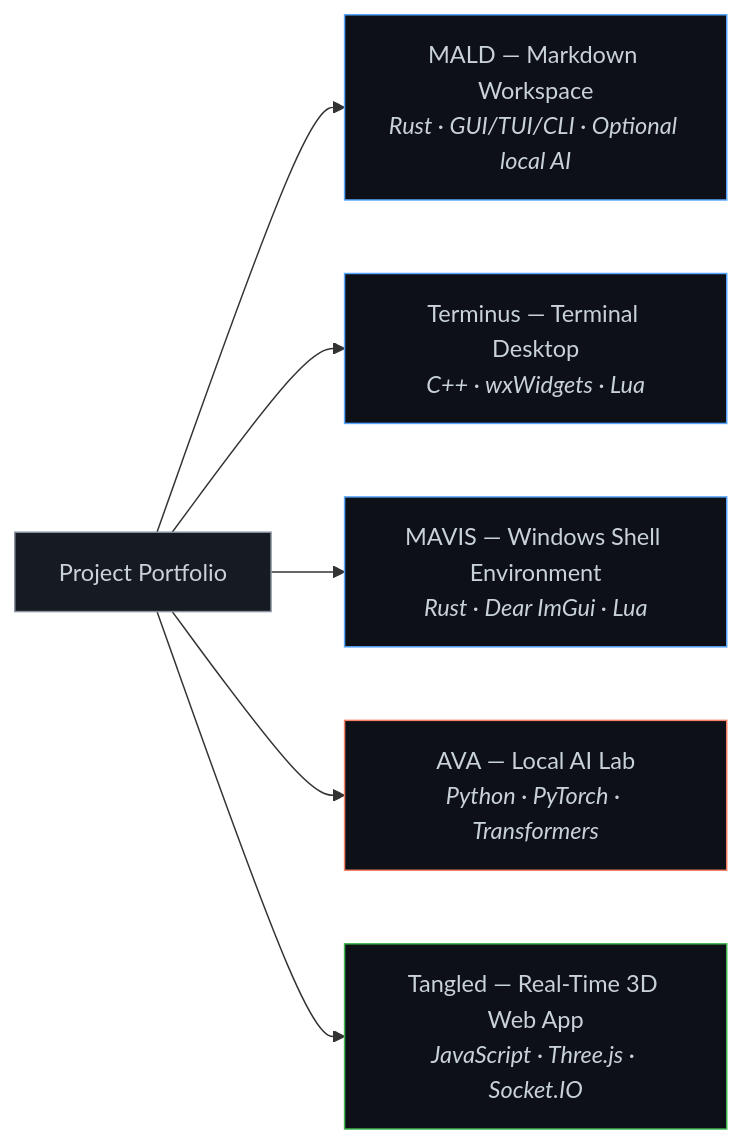
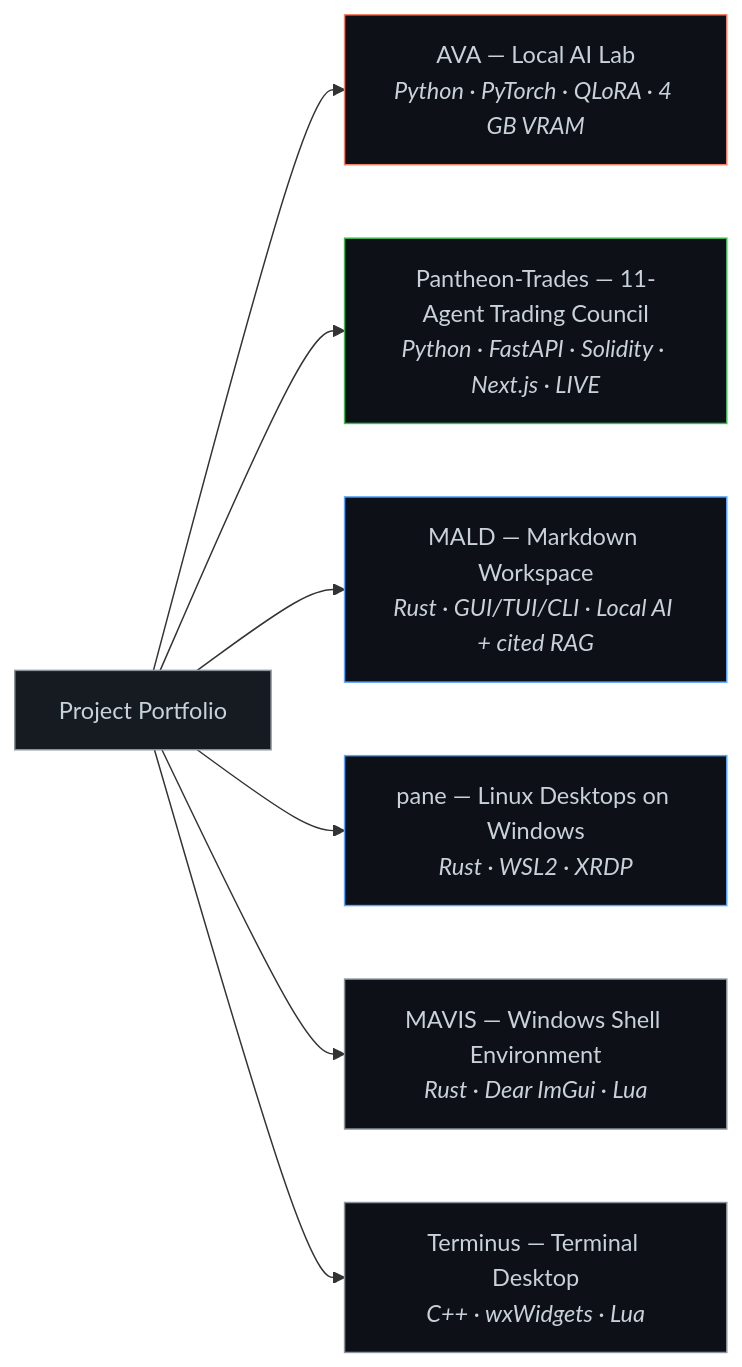
The diagram in README.md (NAME0x0/NAME0x0), drawn with Mermaid before and after one commit. The commit also changed other lines of this file and 2 other files, not shown here.

````diff
--- a/README.md
+++ b/README.md
@@ -29,15 +31,17 @@
 ```mermaid
 flowchart LR
-    A["Project Portfolio"] --> B["MALD — Markdown Workspace<br/><i>Rust · GUI/TUI/CLI · Optional local AI</i>"]
+    A["Project Portfolio"] --> E["AVA — Local AI Lab<br/><i>Python · PyTorch · QLoRA · 4 GB VRAM</i>"]
+    A --> P["Pantheon-Trades — 11-Agent Trading Council<br/><i>Python · FastAPI · Solidity · Next.js · LIVE</i>"]
+    A --> B["MALD — Markdown Workspace<br/><i>Rust · GUI/TUI/CLI · Local AI + cited RAG</i>"]
+    A --> N["pane — Linux Desktops on Windows<br/><i>Rust · WSL2 · XRDP</i>"]
+    A --> D["MAVIS — Windows Shell Environment<br/><i>Rust · Dear ImGui · Lua</i>"]
     A --> C["Terminus — Terminal Desktop<br/><i>C++ · wxWidgets · Lua</i>"]
-    A --> D["MAVIS — Windows Shell Environment<br/><i>Rust · Dear ImGui · Lua</i>"]
-    A --> E["AVA — Local AI Lab<br/><i>Python · PyTorch · Transformers</i>"]
-    A --> F["Tangled — Real-Time 3D Web App<br/><i>JavaScript · Three.js · Socket.IO</i>"]
 
     style A fill:#161b22,stroke:#8b949e,color:#c9d1d9
+    style E fill:#0d1117,stroke:#f78166,color:#c9d1d9
+    style P fill:#0d1117,stroke:#3fb950,color:#c9d1d9
     style B fill:#0d1117,stroke:#58a6ff,color:#c9d1d9
-    style C fill:#0d1117,stroke:#58a6ff,color:#c9d1d9
-    style D fill:#0d1117,stroke:#58a6ff,color:#c9d1d9
-    style E fill:#0d1117,stroke:#f78166,color:#c9d1d9
-    style F fill:#0d1117,stroke:#3fb950,color:#c9d1d9
+    style N fill:#0d1117,stroke:#58a6ff,color:#c9d1d9
+    style D fill:#0d1117,stroke:#8b949e,color:#c9d1d9
+    style C fill:#0d1117,stroke:#8b949e,color:#c9d1d9
 ```
````
